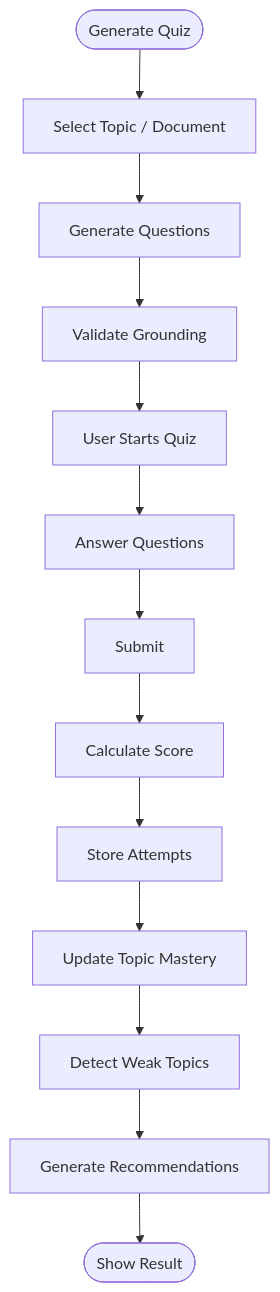
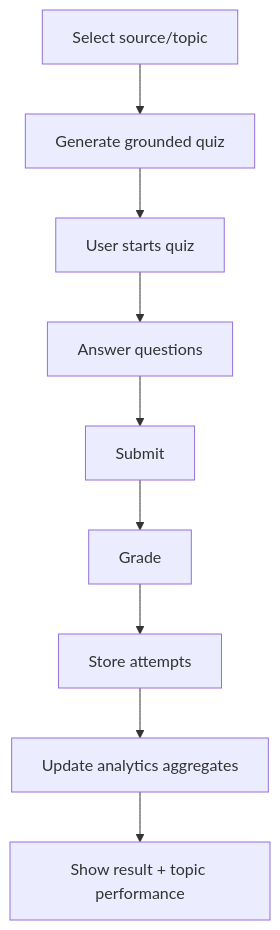
Before and after one commit to Hoang-k68a3hus/support_learning: the third of 6 diagrams in AI_Study_Assistant_2.0_Full_Graduation_Project_Idea.md, drawn with Mermaid. The commit also changed other lines of this file, not shown here.

````diff
--- a/AI_Study_Assistant_2.0_Full_Graduation_Project_Idea.md
+++ b/AI_Study_Assistant_2.0_Full_Graduation_Project_Idea.md
@@ -1295,18 +964,14 @@
 ```mermaid
 flowchart TD
-    A([Generate Quiz])
-    B[Select Topic / Document]
-    C[Generate Questions]
-    D[Validate Grounding]
-    E[User Starts Quiz]
-    F[Answer Questions]
-    G[Submit]
-    H[Calculate Score]
-    I[Store Attempts]
-    J[Update Topic Mastery]
-    K[Detect Weak Topics]
-    L[Generate Recommendations]
-    M([Show Result])
+    A[Select source/topic]
+    B[Generate grounded quiz]
+    C[User starts quiz]
+    D[Answer questions]
+    E[Submit]
+    F[Grade]
+    G[Store attempts]
+    H[Update analytics aggregates]
+    I[Show result + topic performance]
 
-    A --> B --> C --> D --> E --> F --> G --> H --> I --> J --> K --> L --> M
+    A --> B --> C --> D --> E --> F --> G --> H --> I
 ```
````
